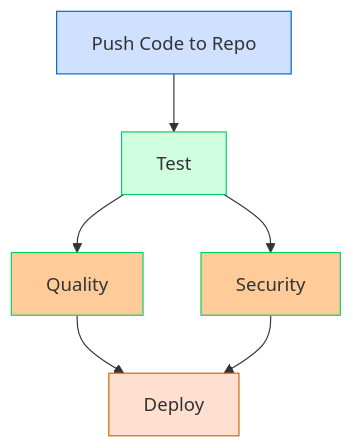
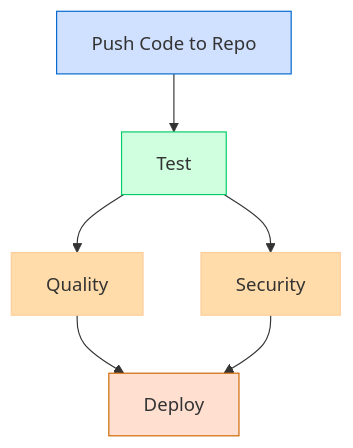
One commit to wolkwork/ci-cd-pipeline changed the diagram in README.md. Above: the diagram before and after it, drawn with Mermaid. The commit also changed 1 other file, not shown here.

Commit message:
fix diagram coloring

````diff
--- a/README.md
+++ b/README.md
@@ -16,14 +16,14 @@
 ```mermaid
 flowchart TD
     A[Push Code to Repo] --> B[Test]
     B --> C[Quality]
     B --> D[Security]
     C --> E[Deploy]
     D --> E
 
     style A fill:#d0e0ff,stroke:#0066cc
     style B fill:#d0ffe0,stroke:#00cc66
-    style C fill:#ffcc99,stroke:#00cc66
-    style D fill:#ffcc99,stroke:#00cc66
+    style C fill:#ffdca9,stroke:#ffcc99
+    style D fill:#ffdca9,stroke:#ffcc99
     style E fill:#ffe0d0,stroke:#cc6600
 ```
````
